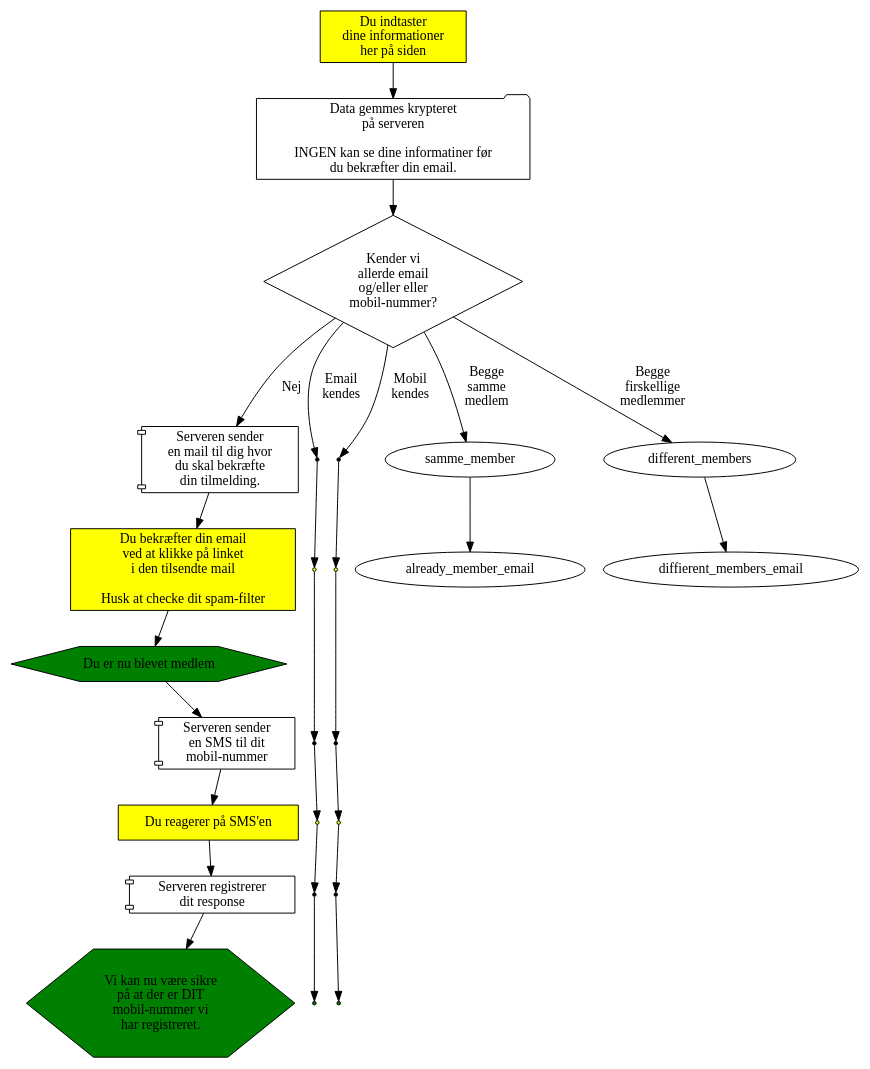
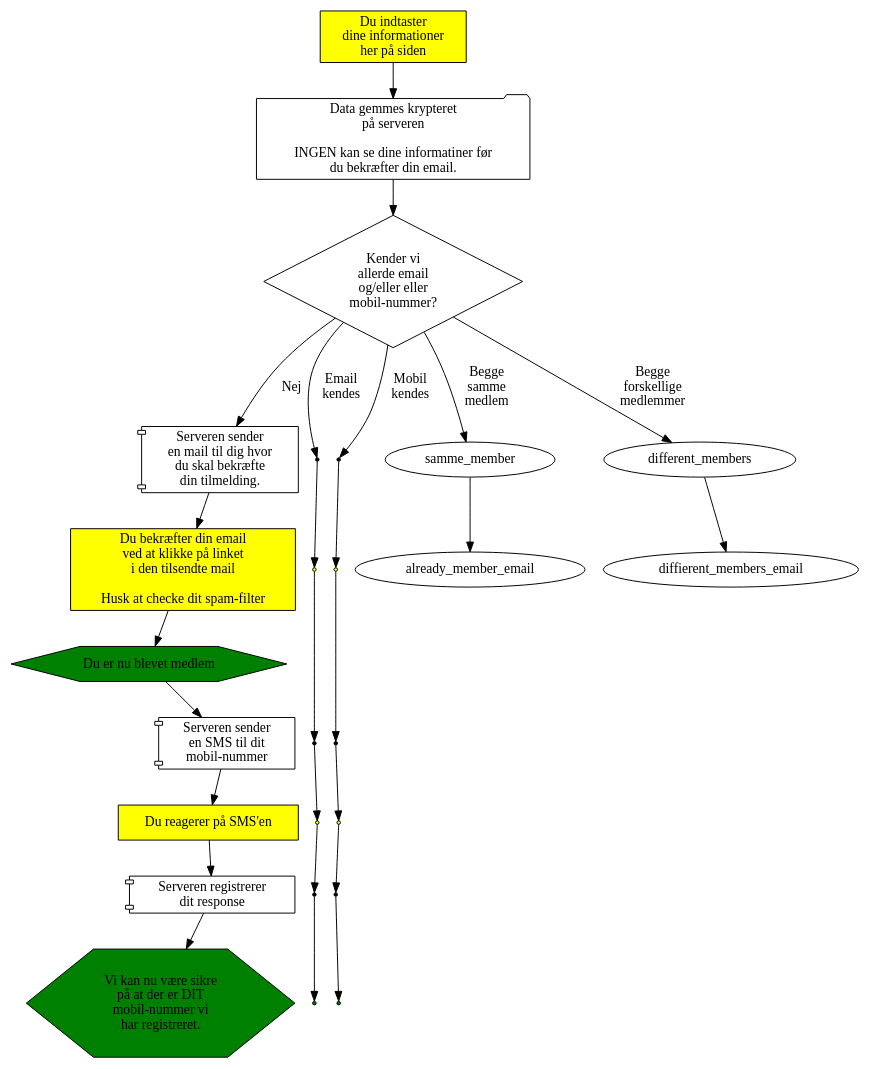
Before and after one commit to alslug/alslug.dk: the diagram in medlemskab/indmeldelse.dot, drawn with Graphviz.

```diff
--- a/medlemskab/indmeldelse.dot
+++ b/medlemskab/indmeldelse.dot
@@ -1,71 +1,71 @@
 digraph indmeldelse {
   { # Dine handlinger
     node [ shape=box style=filled fillcolor=yellow ];
     indtast                [label="Du indtaster\ndine informationer\nher på siden"];
     subgraph cluster_server_sender_email {
       style=invis;
       node                 [label="Du bekræfter din email\nved at klikke på linket\ni den tilsendte mail\n\nHusk at checke dit spam-filter"];
       confirm_email_nyt_medlem;
       confirm_email_email_known [shape=point];
       confirm_email_mobil_known [shape=point];
     }
     subgraph cluster_server_sender_sms {
       style=invis;
       node                 [label="Du reagerer på SMS'en"];
       confirm_sms_nyt_medlem;
       confirm_sms_email_known [shape=point];
       confirm_sms_mobil_known [shape=point];
     }
   }
   send_tilmelding        [shape=folder label="Data gemmes krypteret \n på serveren \n \n INGEN kan se dine informatiner før \n du bekræfter din email."];
   { # Server-aktiviteter
     node [shape=component];
     subgraph cluster_server_sender_email {
       style=invis;
       node                 [label="Serveren sender \n en mail til dig hvor \n du skal bekræfte \n din tilmelding."];
       server_sender_emai_nyt_medlem;
       server_sender_email_email_known [shape=point];
       server_sender_email_mobil_known [shape=point];
     }
     subgraph cluster_server_sender_sms {
       style=invis;
       node                 [label="Serveren sender \n en SMS til dit \n mobil-nummer"];
       server_sender_sms_nyt_medlem;
       server_sender_sms_email_known [shape=point];
       server_sender_sms_mobil_known [shape=point];
     }
     subgraph cluster_sms_confirmed {
       style=invis;
       node                 [label="Serveren registrerer \n dit response"];
       sms_confirmed_nyt_medlem;
       sms_confirmed_email_known [shape=point];
       sms_confirmed_mobil_known [shape=point];
     }
   }
   { # Results
     node [shape=hexagon   style=filled fillcolor=green ];
     du_biver_medlem        [label="Du er nu blevet medlem"];
     mobile_ok              [label="Vi kan nu være sikre \n på at der er DIT \n mobil-nummer vi \n har registreret."]; 
     email_added            [label="Den nye \n ekstra email er \n registreret." shape=point];
     mobil_added            [label="Dit nye \n mobil-nummer er \n registreret." shape=point]; 
   }
   { # Valg
     node [shape=diamond];
     findes_allerede        [label="Kender vi \n allerde email \n og/eller eller \n mobil-nummer?"];
   }
 
   indtast -> send_tilmelding -> findes_allerede;
                                 findes_allerede -> server_sender_emai_nyt_medlem   [label="Nej"];
                                                    server_sender_emai_nyt_medlem -> confirm_email_nyt_medlem -> du_biver_medlem ->
                                                    server_sender_sms_nyt_medlem  -> confirm_sms_nyt_medlem   -> sms_confirmed_nyt_medlem -> mobile_ok;
                                 findes_allerede -> server_sender_email_email_known [label="Email \n kendes"];
                                                    server_sender_email_email_known -> confirm_email_email_known  ->
                                                    server_sender_sms_email_known   -> confirm_sms_email_known    -> sms_confirmed_email_known -> mobil_added;
                                 findes_allerede -> server_sender_email_mobil_known [label="Mobil \n kendes"];
                                                    server_sender_email_mobil_known -> confirm_email_mobil_known  ->
                                                    server_sender_sms_mobil_known   -> confirm_sms_mobil_known    -> sms_confirmed_mobil_known -> email_added;
                                 findes_allerede-> samme_member                     [label="Begge \n samme \n medlem"];
                                                   samme_member      -> already_member_email;
-                                findes_allerede-> different_members                [label="Begge \n firskellige \n medlemmer"];
+                                findes_allerede-> different_members                [label="Begge \n forskellige \n medlemmer"];
                                                   different_members -> diffierent_members_email;
 }
```
